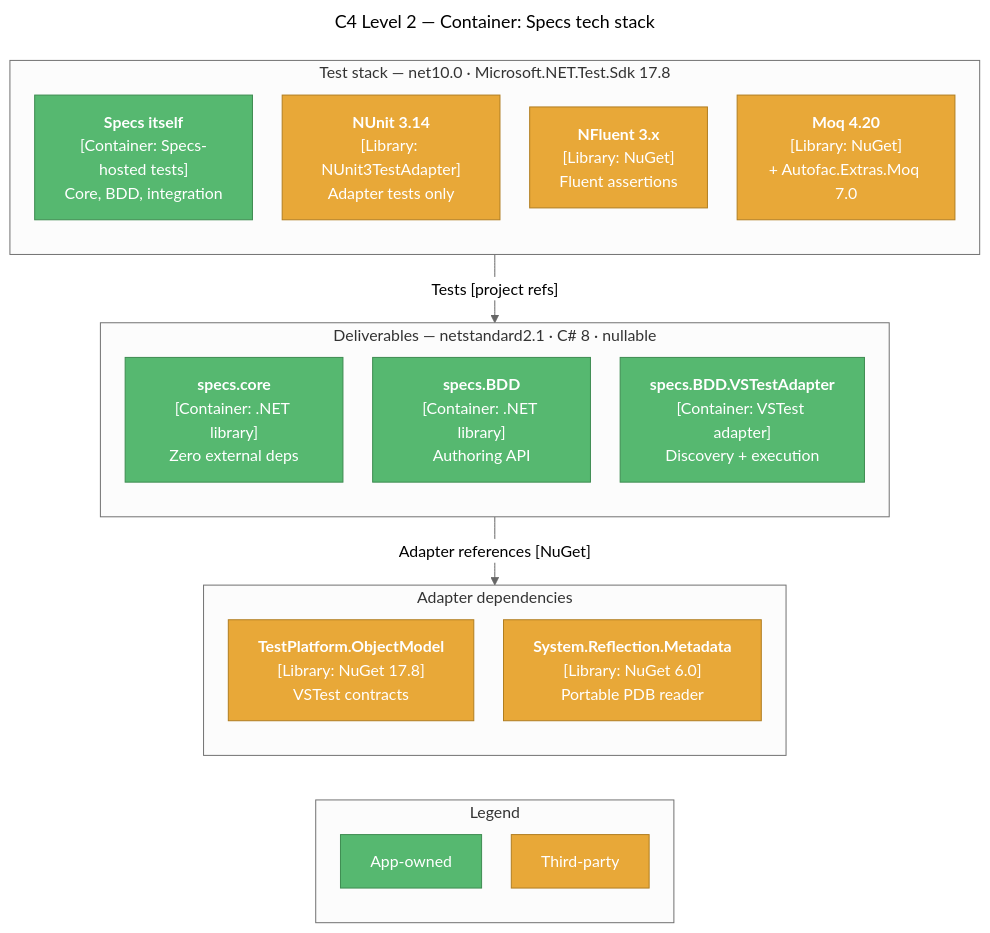
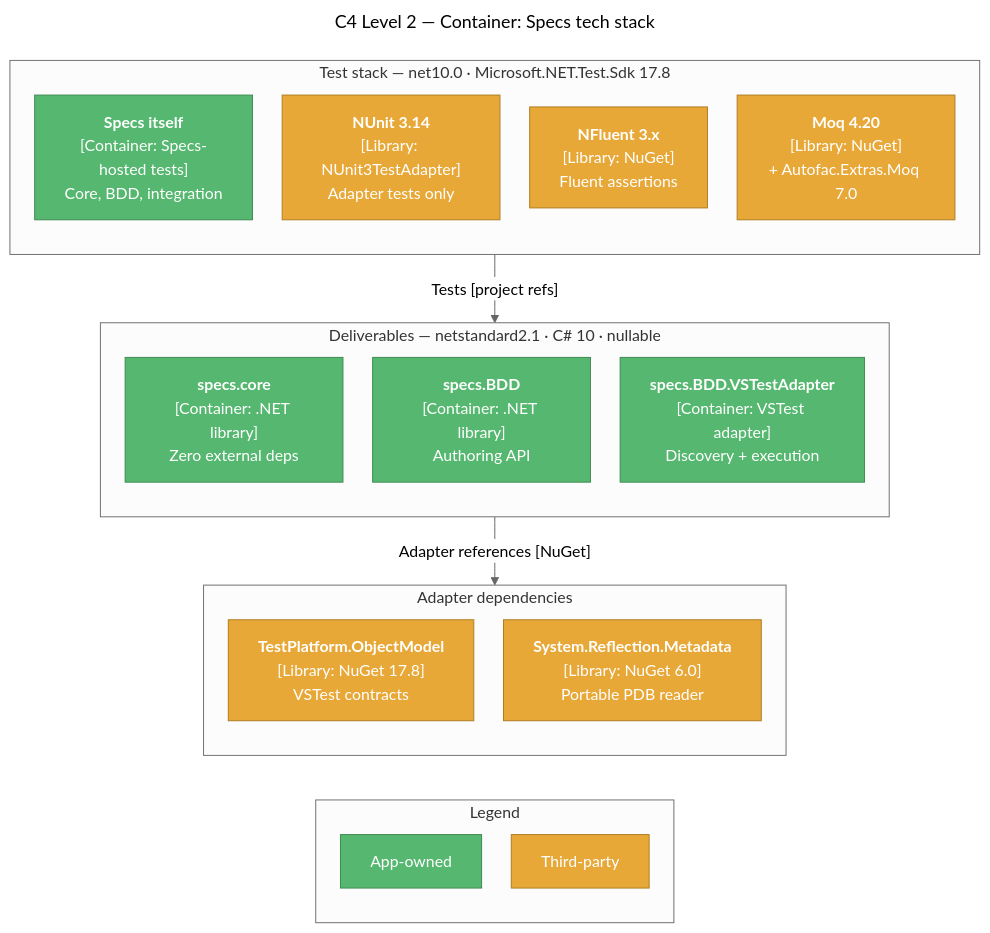
One commit to yozepi/Specs changed the first of 3 diagrams in memory-bank/techContext.md. Above: the diagram before and after it, drawn with Mermaid. The commit also changed other lines of this file and 22 other files, not shown here.

````diff
--- a/memory-bank/techContext.md
+++ b/memory-bank/techContext.md
@@ -5,41 +5,41 @@
 ```mermaid
 ---
 title: "C4 Level 2 — Container: Specs tech stack"
 ---
 %%{init: {'theme': 'neutral', 'flowchart': {'nodeSpacing': 30, 'rankSpacing': 45, 'wrappingWidth': 160}}}%%
 flowchart TD
     subgraph TEST["Test stack — net10.0 · Microsoft.NET.Test.Sdk 17.8"]
         direction TB
         SELF["<b>Specs itself</b><br/>[Container: Specs-hosted tests]<br/>Core, BDD, integration"]:::app
         NU["<b>NUnit 3.14</b><br/>[Library: NUnit3TestAdapter]<br/>Adapter tests only"]:::external
         NF["<b>NFluent 3.x</b><br/>[Library: NuGet]<br/>Fluent assertions"]:::external
         MQ["<b>Moq 4.20</b><br/>[Library: NuGet]<br/>+ Autofac.Extras.Moq 7.0"]:::external
     end
 
-    subgraph DEL["Deliverables — netstandard2.1 · C# 8 · nullable"]
+    subgraph DEL["Deliverables — netstandard2.1 · C# 10 · nullable"]
         direction TB
         CORE["<b>specs.core</b><br/>[Container: .NET library]<br/>Zero external deps"]:::app
         BDD["<b>specs.BDD</b><br/>[Container: .NET library]<br/>Authoring API"]:::app
         ADP["<b>specs.BDD.VSTestAdapter</b><br/>[Container: VSTest adapter]<br/>Discovery + execution"]:::app
     end
 
     subgraph ADEPS["Adapter dependencies"]
         direction TB
         MTP["<b>TestPlatform.ObjectModel</b><br/>[Library: NuGet 17.8]<br/>VSTest contracts"]:::external
         SRM["<b>System.Reflection.Metadata</b><br/>[Library: NuGet 6.0]<br/>Portable PDB reader"]:::external
     end
 
     TEST -->|"Tests [project refs]"| DEL
     DEL -->|"Adapter references [NuGet]"| ADEPS
 
     subgraph LEGEND["Legend"]
         direction TB
         L1["App-owned"]:::app
         L2["Third-party"]:::external
     end
 
     ADEPS ~~~ LEGEND
 
     classDef app fill:#56B870,stroke:#3D8B50,color:#fff
     classDef external fill:#E8A838,stroke:#B07D20,color:#fff
 ```
````
